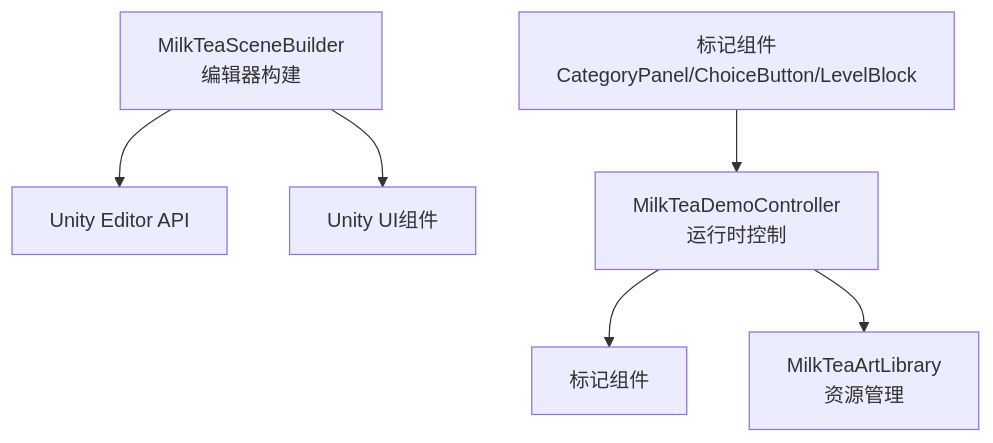
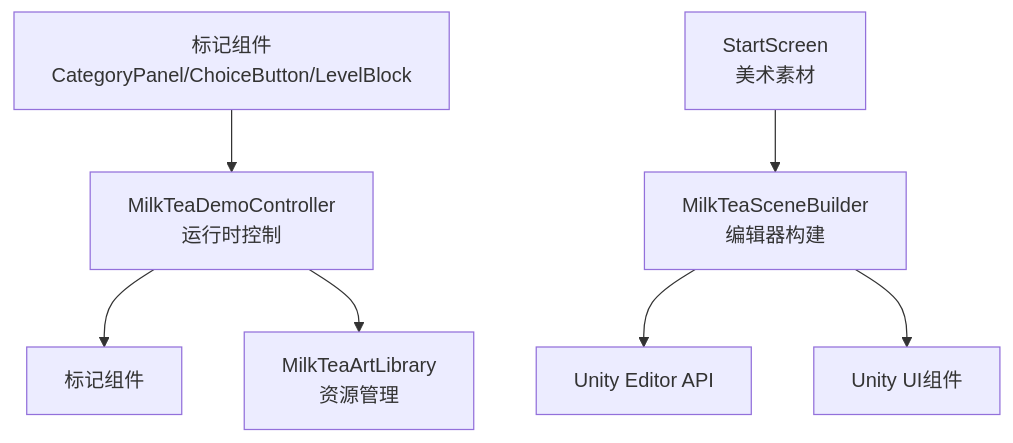
Before and after one commit to Thanatos42/-demo: the seventh of 7 diagrams in .qoder/repowiki/zh/content/UI架构设计.md, drawn with Mermaid. The commit also changed other lines of this file and 77 other files, not shown here.

````diff
--- a/.qoder/repowiki/zh/content/UI架构设计.md
+++ b/.qoder/repowiki/zh/content/UI架构设计.md
@@ -246,8 +319,9 @@
 ```mermaid
 graph TB
 A["MilkTeaSceneBuilder<br/>编辑器构建"] --> B["Unity Editor API"]
 A --> C["Unity UI组件"]
 D["MilkTeaDemoController<br/>运行时控制"] --> E["标记组件"]
 D --> F["MilkTeaArtLibrary<br/>资源管理"]
 G["标记组件<br/>CategoryPanel/ChoiceButton/LevelBlock"] --> D
+H["StartScreen<br/>美术素材"] --> A
 ```
````
